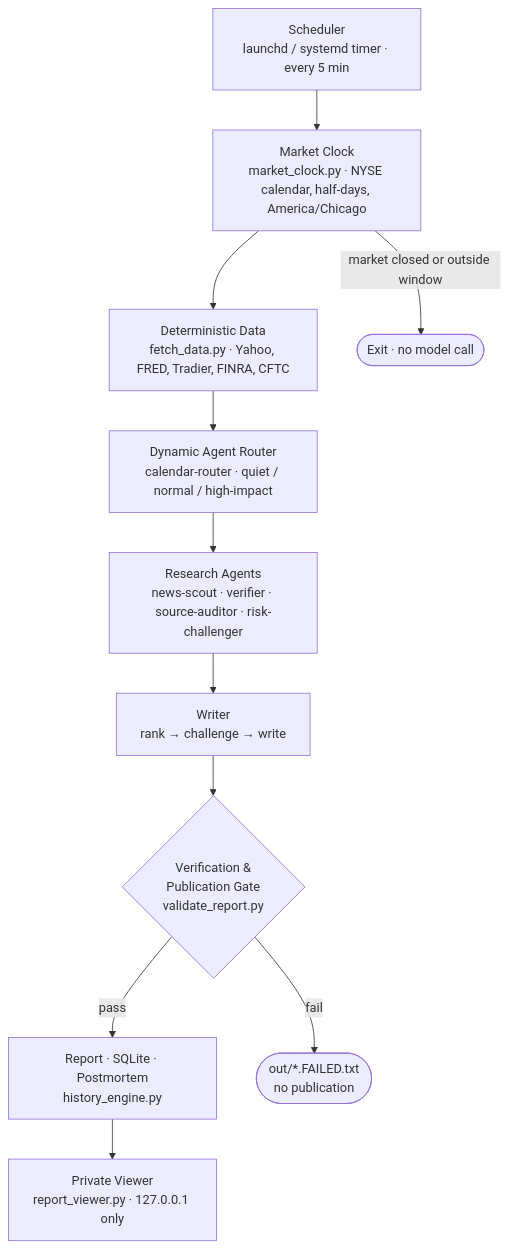
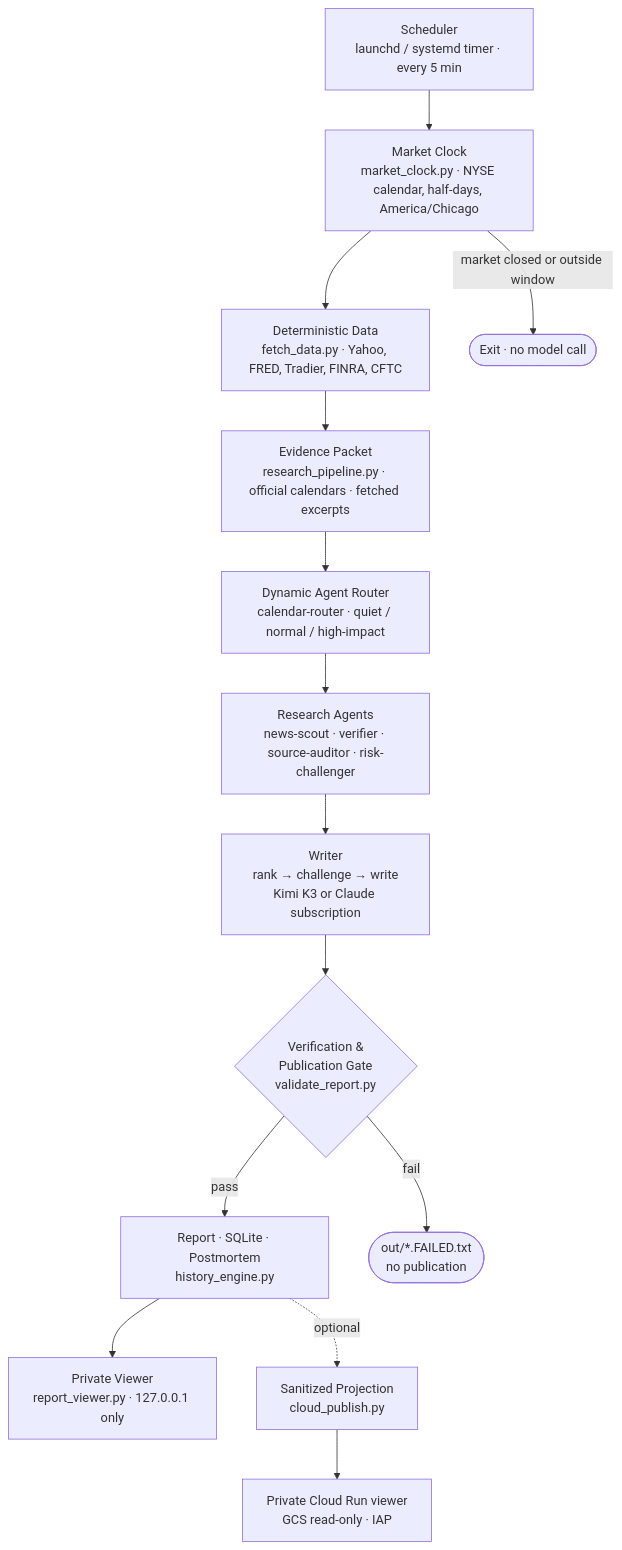
The diagram in README.md (HaoyeYang/market-brief), drawn with Mermaid before and after one commit. The commit also changed other lines of this file and 27 other files, not shown here.

First line of the commit message:
Add evidence pipeline, hybrid writer, and private cloud viewer (#7)

````diff
--- a/README.md
+++ b/README.md
@@ -70,15 +97,18 @@
 ```mermaid
 flowchart TD
     A["Scheduler<br/>launchd / systemd timer · every 5 min"] --> B
     B["Market Clock<br/>market_clock.py · NYSE calendar, half-days, America/Chicago"] --> C
     B -->|"market closed or outside window"| Z(["Exit · no model call"])
-    C["Deterministic Data<br/>fetch_data.py · Yahoo, FRED, Tradier, FINRA, CFTC"] --> D
+    C["Deterministic Data<br/>fetch_data.py · Yahoo, FRED, Tradier, FINRA, CFTC"] --> R
+    R["Evidence Packet<br/>research_pipeline.py · official calendars · fetched excerpts"] --> D
     D["Dynamic Agent Router<br/>calendar-router · quiet / normal / high-impact"] --> E
     E["Research Agents<br/>news-scout · verifier · source-auditor · risk-challenger"] --> F
-    F["Writer<br/>rank → challenge → write"] --> G
+    F["Writer<br/>rank → challenge → write<br/>Kimi K3 or Claude subscription"] --> G
     G{"Verification &<br/>Publication Gate<br/>validate_report.py"}
     G -->|pass| H
     G -->|fail| Y(["out/*.FAILED.txt<br/>no publication"])
     H["Report · SQLite · Postmortem<br/>history_engine.py"] --> I
     I["Private Viewer<br/>report_viewer.py · 127.0.0.1 only"]
+    H -.->|"optional"| J["Sanitized Projection<br/>cloud_publish.py"]
+    J --> K["Private Cloud Run viewer<br/>GCS read-only · IAP"]
 ```
````
